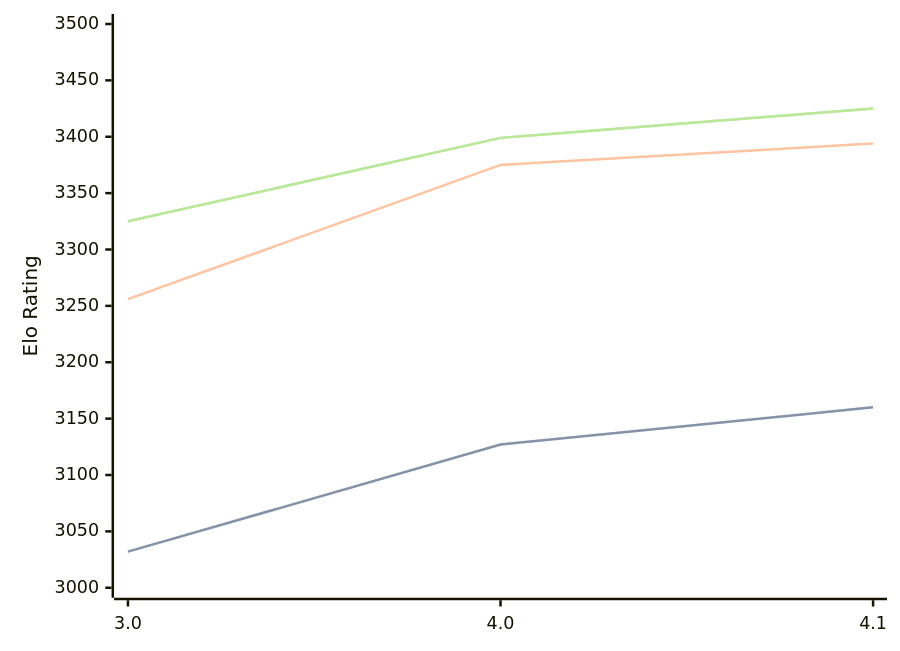
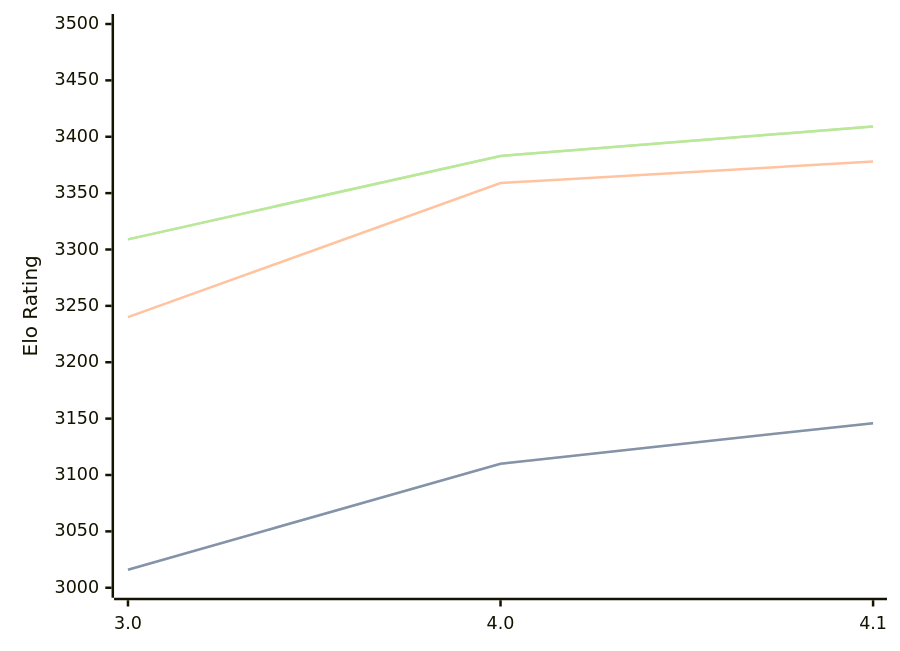
The diagram in engines/Eleanor.md (computer-chess-index/cci), drawn with Mermaid before and after one commit. The commit also changed other lines of this file, not shown here.

Commit message:
Update CCI Ratings (ELO VLTC) - 2026-05-20

````diff
--- a/engines/Eleanor.md
+++ b/engines/Eleanor.md
@@ -35,11 +35,11 @@
 ```mermaid
 %%{init: {"theme":"base","themeVariables":{"seriesColors:['#a3a3a3','#222221','#faa371']}}}%%
 xychart-beta
   x-axis ["3.0", "4.0", "4.1"]
   y-axis "Elo Rating" 3000 --> 3500
-  line "STC (8.0+0.08s)" [3032, 3127, 3160]
-  line "STC (8.0+0.08s)" [3032, 3127, 3160]
-  line "LTC (60.0+0.60s)" [3256, 3375, 3394]
-  line "VLTC (2m24s+1.12s)" [3325, 3399, 3425]
-  line "VLTC (2m24s+1.12s)" [3325, 3399, 3425]
+  line "STC (8.0+0.08s)" [3016, 3110, 3146]
+  line "STC (8.0+0.08s)" [3016, 3110, 3146]
+  line "LTC (60.0+0.60s)" [3240, 3359, 3378]
+  line "VLTC (2m24s+1.12s)" [3309, 3383, 3409]
+  line "VLTC (2m24s+1.12s)" [3309, 3383, 3409]
 ```
````
